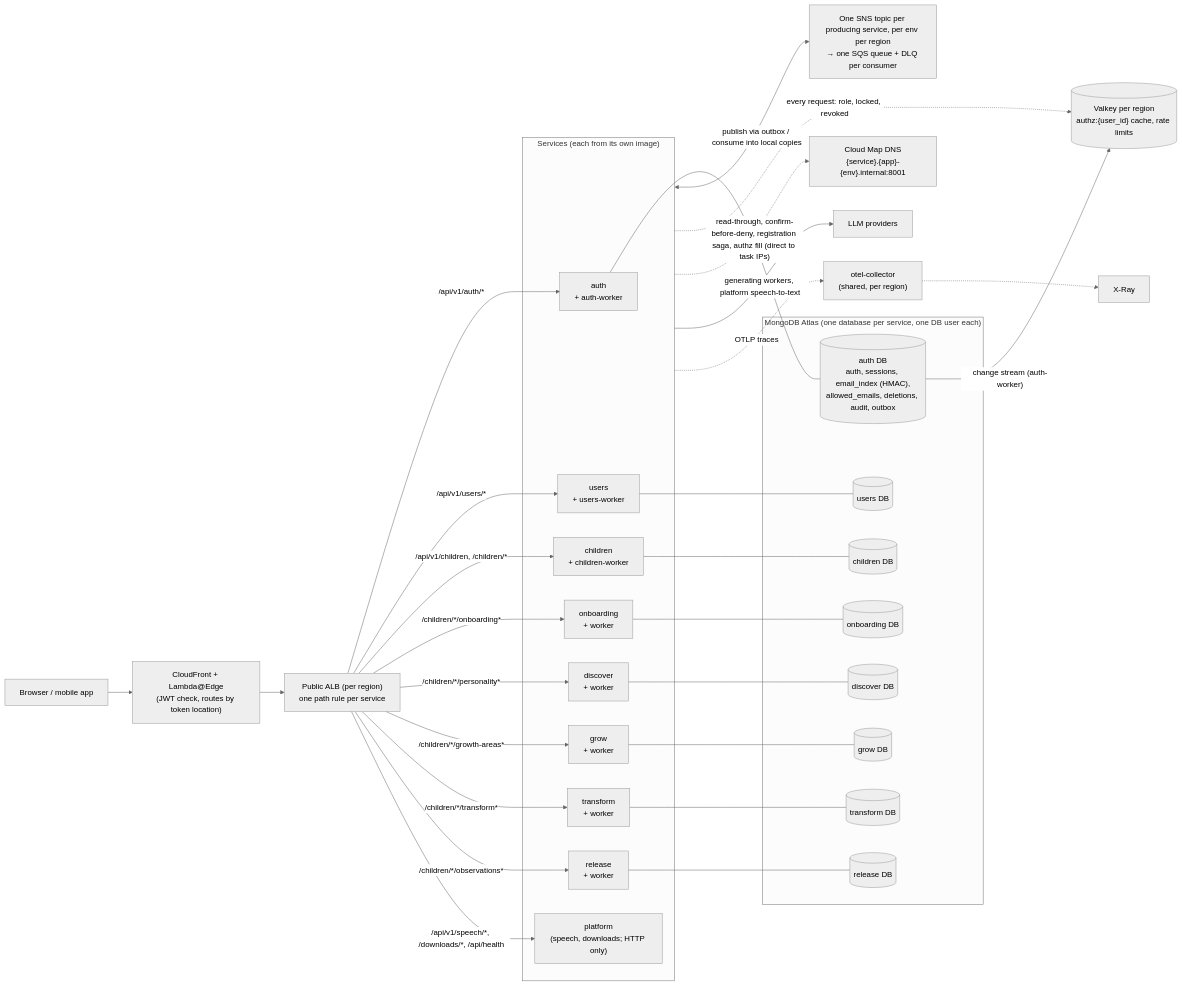
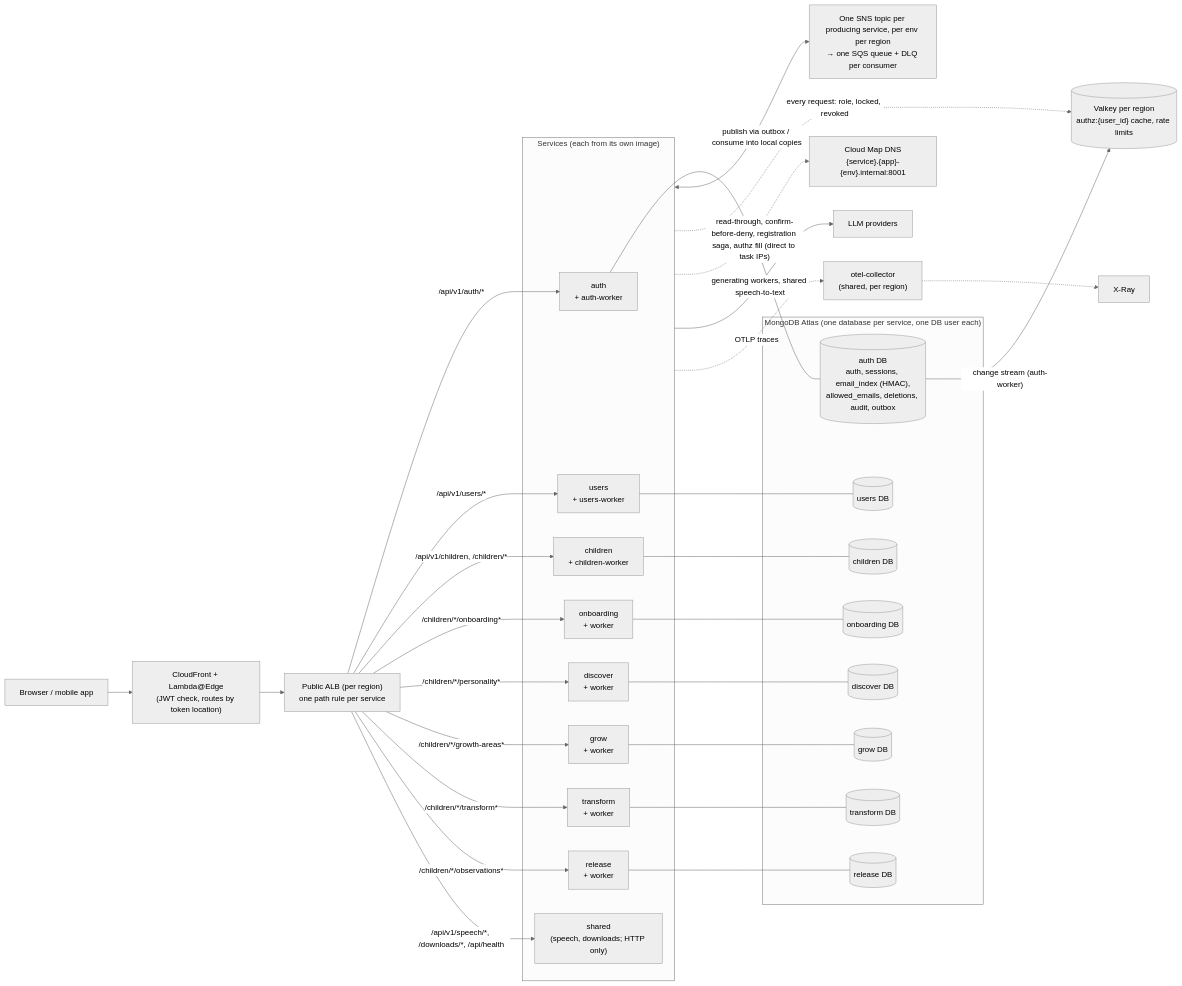
The first of 6 diagrams in docs/auth-users-split.md (pkprincekumar7/buddy-app), drawn with Mermaid (neutral theme) before and after one commit. The commit also changed other lines of this file and 154 other files, not shown here.

````diff
--- a/docs/auth-users-split.md
+++ b/docs/auth-users-split.md
@@ -68,63 +68,63 @@
 ```mermaid
 flowchart LR
     browser["Browser / mobile app"] --> cf["CloudFront + Lambda@Edge<br/>(JWT check, routes by token location)"]
     cf --> alb["Public ALB (per region)<br/>one path rule per service"]
 
     subgraph services["Services (each from its own image)"]
         auth["auth<br/>+ auth-worker"]
         users["users<br/>+ users-worker"]
         children["children<br/>+ children-worker"]
         onboarding["onboarding<br/>+ worker"]
         discover["discover<br/>+ worker"]
         grow["grow<br/>+ worker"]
         transform["transform<br/>+ worker"]
         release["release<br/>+ worker"]
-        platform["platform<br/>(speech, downloads; HTTP only)"]
+        shared["shared<br/>(speech, downloads; HTTP only)"]
     end
 
     alb -->|"/api/v1/auth/*"| auth
     alb -->|"/api/v1/users/*"| users
     alb -->|"/api/v1/children, /children/*"| children
     alb -->|"/children/*/onboarding*"| onboarding
     alb -->|"/children/*/personality*"| discover
     alb -->|"/children/*/growth-areas*"| grow
     alb -->|"/children/*/transform*"| transform
     alb -->|"/children/*/observations*"| release
-    alb -->|"/api/v1/speech/*, /downloads/*, /api/health"| platform
+    alb -->|"/api/v1/speech/*, /downloads/*, /api/health"| shared
 
     subgraph mongo["MongoDB Atlas (one database per service, one DB user each)"]
         authdb[("auth DB<br/>auth, sessions, email_index (HMAC),<br/>allowed_emails, deletions, audit, outbox")]
         usersdb[("users DB")]
         childrendb[("children DB")]
         onbdb[("onboarding DB")]
         discdb[("discover DB")]
         growdb[("grow DB")]
         transdb[("transform DB")]
         reldb[("release DB")]
     end
 
     auth --- authdb
     users --- usersdb
     children --- childrendb
     onboarding --- onbdb
     discover --- discdb
     grow --- growdb
     transform --- transdb
     release --- reldb
 
     bus["One SNS topic per producing service, per env per region<br/>→ one SQS queue + DLQ per consumer"]
     services <-->|"publish via outbox / consume into local copies"| bus
 
     authdb -->|"change stream (auth-worker)"| redis[("Valkey per region<br/>authz:{user_id} cache, rate limits")]
     services -.->|"every request: role, locked, revoked"| redis
 
     cmap["Cloud Map DNS<br/>{service}.{app}-{env}.internal:8001"]
     services -.->|"read-through, confirm-before-deny, registration saga, authz fill (direct to task IPs)"| cmap
 
     llm["LLM providers"]
-    services -->|"generating workers, platform speech-to-text"| llm
+    services -->|"generating workers, shared speech-to-text"| llm
 
     otel["otel-collector<br/>(shared, per region)"]
     services -.->|"OTLP traces"| otel
     otel -.-> xray["X-Ray"]
 ```
````
